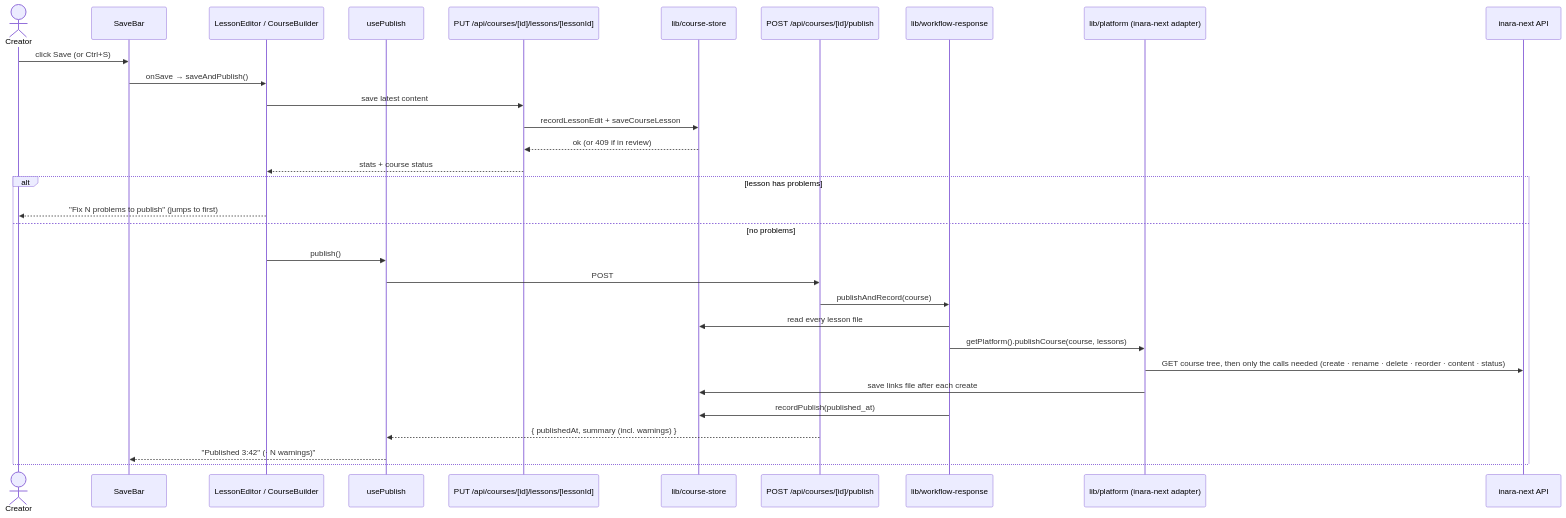
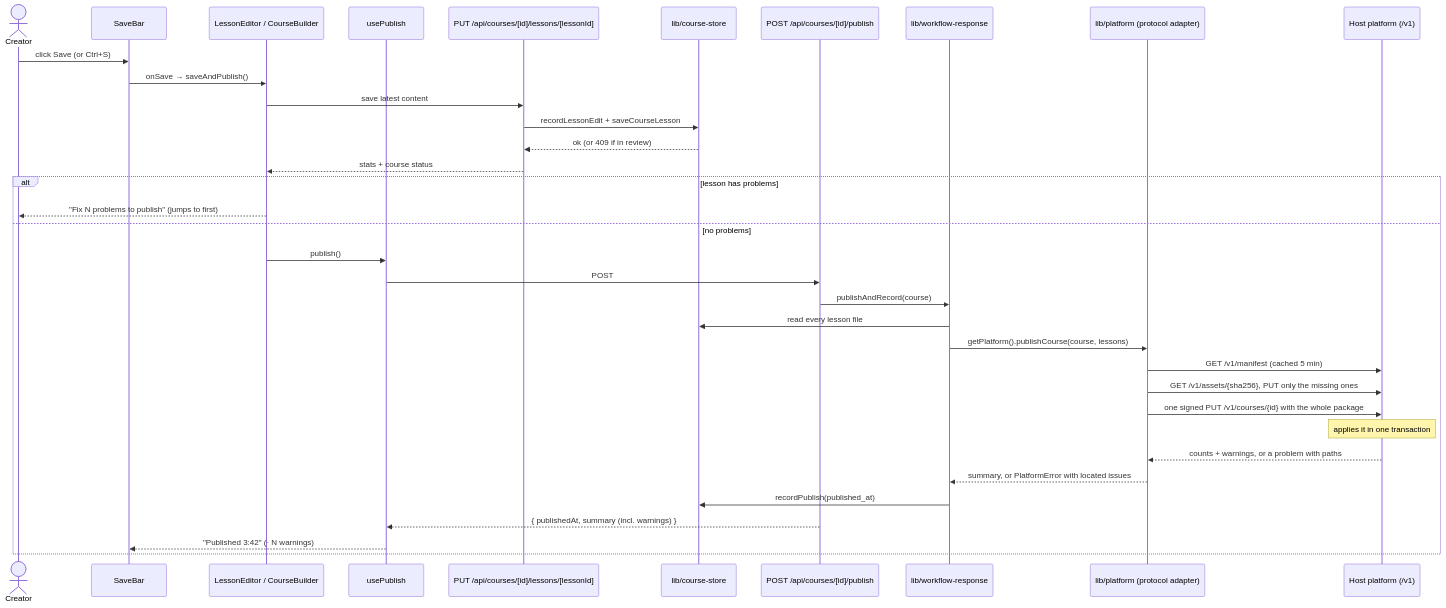
One commit to HafsaJavedPak/inarax-course-editor changed the seventh of 7 diagrams in docs/ARCHITECTURE.md. Above: the diagram before and after it, drawn with Mermaid. The commit also changed other lines of this file and 54 other files, not shown here.

First line of the commit message:
Publish through the Course Publishing Protocol instead of inara-next's admin API

````diff
--- a/docs/ARCHITECTURE.md
+++ b/docs/ARCHITECTURE.md
@@ -301,34 +306,38 @@
 ```mermaid
 sequenceDiagram
     actor U as Creator
     participant SB as SaveBar
     participant LE as LessonEditor / CourseBuilder
     participant UP as usePublish
     participant LR as PUT /api/courses/[id]/lessons/[lessonId]
     participant ST as lib/course-store
     participant PR as POST /api/courses/[id]/publish
     participant WR as lib/workflow-response
-    participant CP as lib/platform (inara-next adapter)
-    participant DB as inara-next API
+    participant CP as lib/platform (protocol adapter)
+    participant DB as Host platform (/v1)
 
     U->>SB: click Save (or Ctrl+S)
     SB->>LE: onSave → saveAndPublish()
     LE->>LR: save latest content
     LR->>ST: recordLessonEdit + saveCourseLesson
     ST-->>LR: ok (or 409 if in review)
     LR-->>LE: stats + course status
     alt lesson has problems
         LE-->>U: "Fix N problems to publish" (jumps to first)
     else no problems
         LE->>UP: publish()
         UP->>PR: POST
         PR->>WR: publishAndRecord(course)
         WR->>ST: read every lesson file
         WR->>CP: getPlatform().publishCourse(course, lessons)
-        CP->>DB: GET course tree, then only the calls needed (create · rename · delete · reorder · content · status)
-        CP->>ST: save links file after each create
+        CP->>DB: GET /v1/manifest (cached 5 min)
+        CP->>DB: GET /v1/assets/{sha256}, PUT only the missing ones
+        CP->>DB: one signed PUT /v1/courses/{id} with the whole package
+        Note over DB: applies it in one transaction
+        DB-->>CP: counts + warnings, or a problem with paths
+        CP-->>WR: summary, or PlatformError with located issues
         WR->>ST: recordPublish(published_at)
         PR-->>UP: { publishedAt, summary (incl. warnings) }
-        UP-->>SB: "Published 3:42" (· N warnings)"
+        UP-->>SB: "Published 3:42" (· N warnings)
     end
 ```
````
